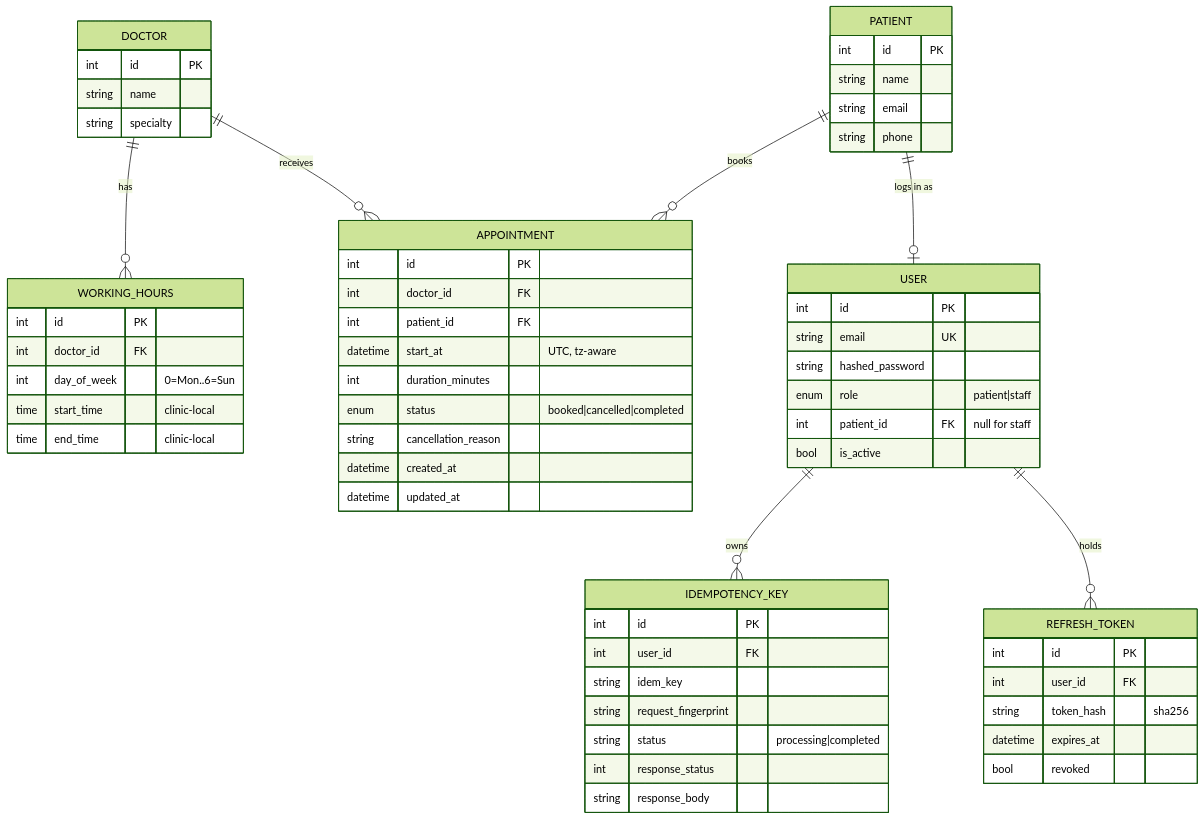
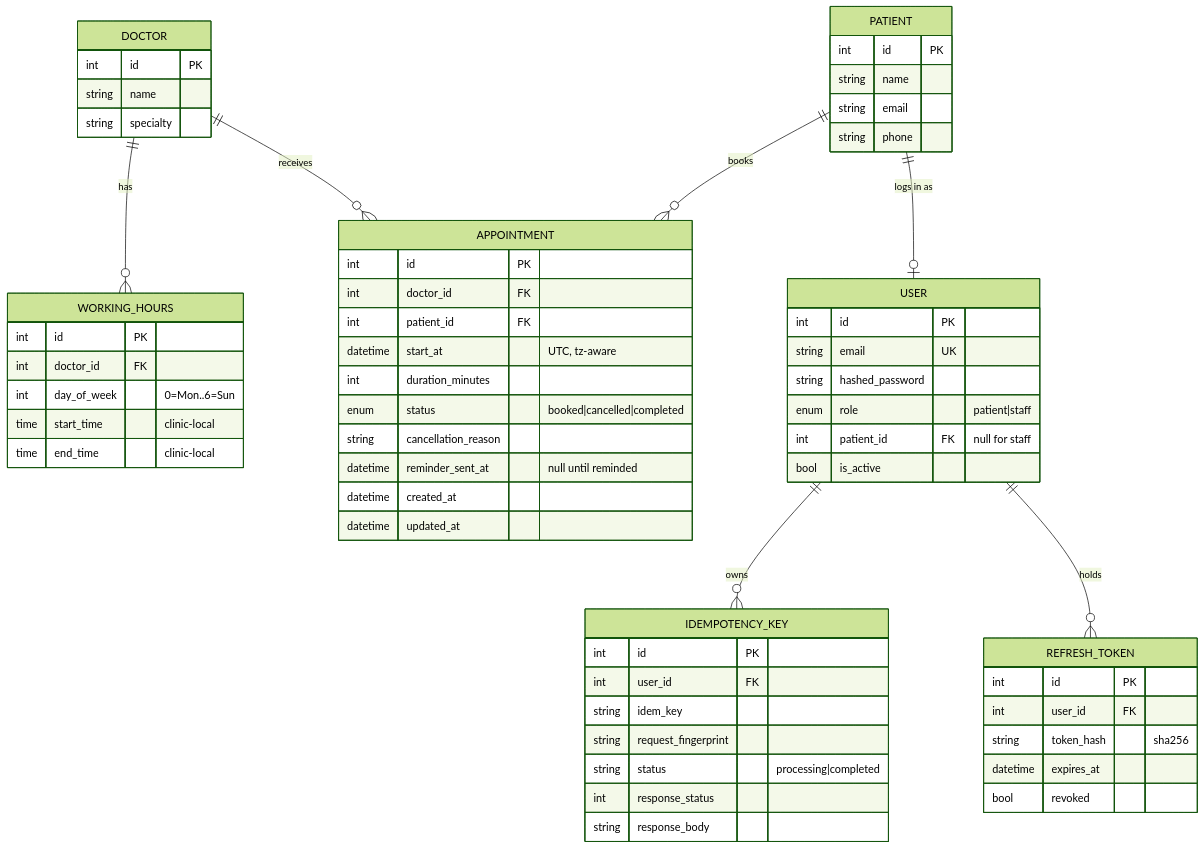
The diagram in README.md (Equivocal-Richie/clinic-booking), drawn with Mermaid (forest theme) before and after one commit. The commit also changed other lines of this file and 17 other files, not shown here.

````diff
--- a/README.md
+++ b/README.md
@@ -62,63 +64,64 @@
 ```mermaid
 erDiagram
     DOCTOR ||--o{ WORKING_HOURS : has
     DOCTOR ||--o{ APPOINTMENT : receives
     PATIENT ||--o{ APPOINTMENT : books
     PATIENT ||--o| USER : "logs in as"
     USER ||--o{ IDEMPOTENCY_KEY : owns
     USER ||--o{ REFRESH_TOKEN : "holds"
 
     USER {
       int id PK
       string email UK
       string hashed_password
       enum role "patient|staff"
       int patient_id FK "null for staff"
       bool is_active
     }
     IDEMPOTENCY_KEY {
       int id PK
       int user_id FK
       string idem_key
       string request_fingerprint
       string status "processing|completed"
       int response_status
       string response_body
     }
     REFRESH_TOKEN {
       int id PK
       int user_id FK
       string token_hash "sha256"
       datetime expires_at
       bool revoked
     }
     DOCTOR {
       int id PK
       string name
       string specialty
     }
     WORKING_HOURS {
       int id PK
       int doctor_id FK
       int day_of_week "0=Mon..6=Sun"
       time start_time "clinic-local"
       time end_time   "clinic-local"
     }
     PATIENT {
       int id PK
       string name
       string email
       string phone
     }
     APPOINTMENT {
       int id PK
       int doctor_id FK
       int patient_id FK
       datetime start_at "UTC, tz-aware"
       int duration_minutes
       enum status "booked|cancelled|completed"
       string cancellation_reason
+      datetime reminder_sent_at "null until reminded"
       datetime created_at
       datetime updated_at
     }
 ```
````
